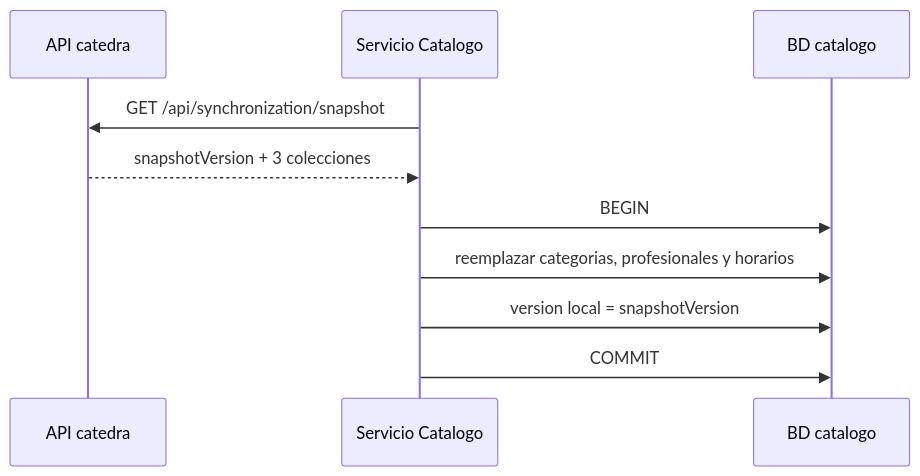
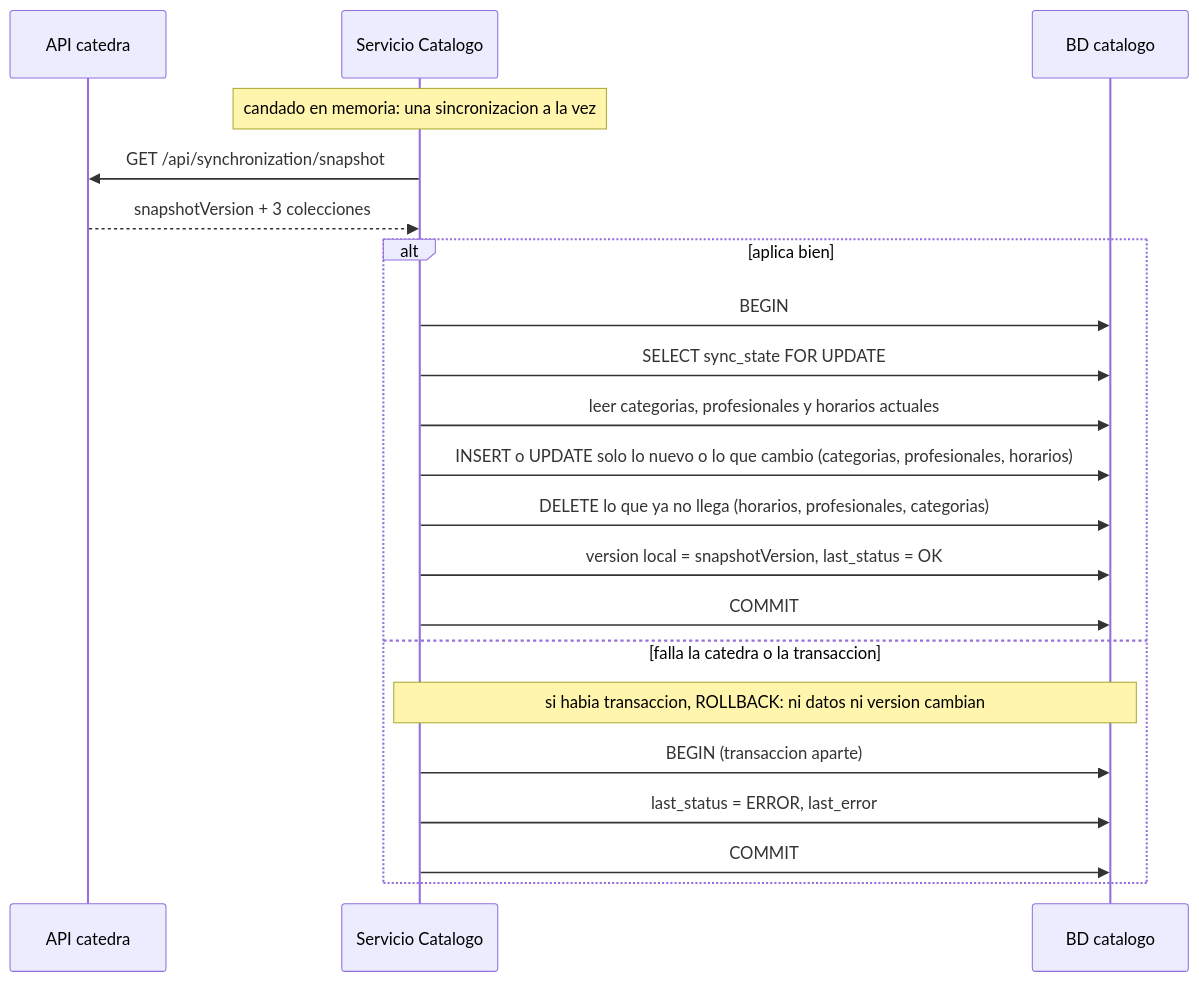
The third of 3 diagrams in diagramas/02-sincronizacion-catalogo.md (Prog2-fzapata/Documentacion), drawn with Mermaid before and after one commit. The commit also changed other lines of this file and 1 other file, not shown here.

Commit message:
docs: registra la sincronización completa del catálogo (D59 a D62)
Registra D59 a D62: upsert con JPA, casos de uso, candado y bloqueo de
sync_state, registro del fallo en otra transacción y detalles de la
implementación. Cierra A18 (se mantiene infrastructure/client) y A19 (los
casos de uso no loguean). Actualiza el diagrama 02 con el flujo real de la
sincronización completa: pedido HTTP fuera de la transacción, bloqueo de
sync_state y registro del error aparte.

````diff
--- a/diagramas/02-sincronizacion-catalogo.md
+++ b/diagramas/02-sincronizacion-catalogo.md
@@ -48,13 +48,24 @@
 ```mermaid
 sequenceDiagram
     participant A as API catedra
     participant C as Servicio Catalogo
     participant DB as BD catalogo
 
+    Note over C: candado en memoria: una sincronizacion a la vez
     C->>A: GET /api/synchronization/snapshot
     A-->>C: snapshotVersion + 3 colecciones
-    C->>DB: BEGIN
-    C->>DB: reemplazar categorias, profesionales y horarios
-    C->>DB: version local = snapshotVersion
-    C->>DB: COMMIT
+    alt aplica bien
+        C->>DB: BEGIN
+        C->>DB: SELECT sync_state FOR UPDATE
+        C->>DB: leer categorias, profesionales y horarios actuales
+        C->>DB: INSERT o UPDATE solo lo nuevo o lo que cambio (categorias, profesionales, horarios)
+        C->>DB: DELETE lo que ya no llega (horarios, profesionales, categorias)
+        C->>DB: version local = snapshotVersion, last_status = OK
+        C->>DB: COMMIT
+    else falla la catedra o la transaccion
+        Note over C,DB: si habia transaccion, ROLLBACK: ni datos ni version cambian
+        C->>DB: BEGIN (transaccion aparte)
+        C->>DB: last_status = ERROR, last_error
+        C->>DB: COMMIT
+    end
 ```
````
